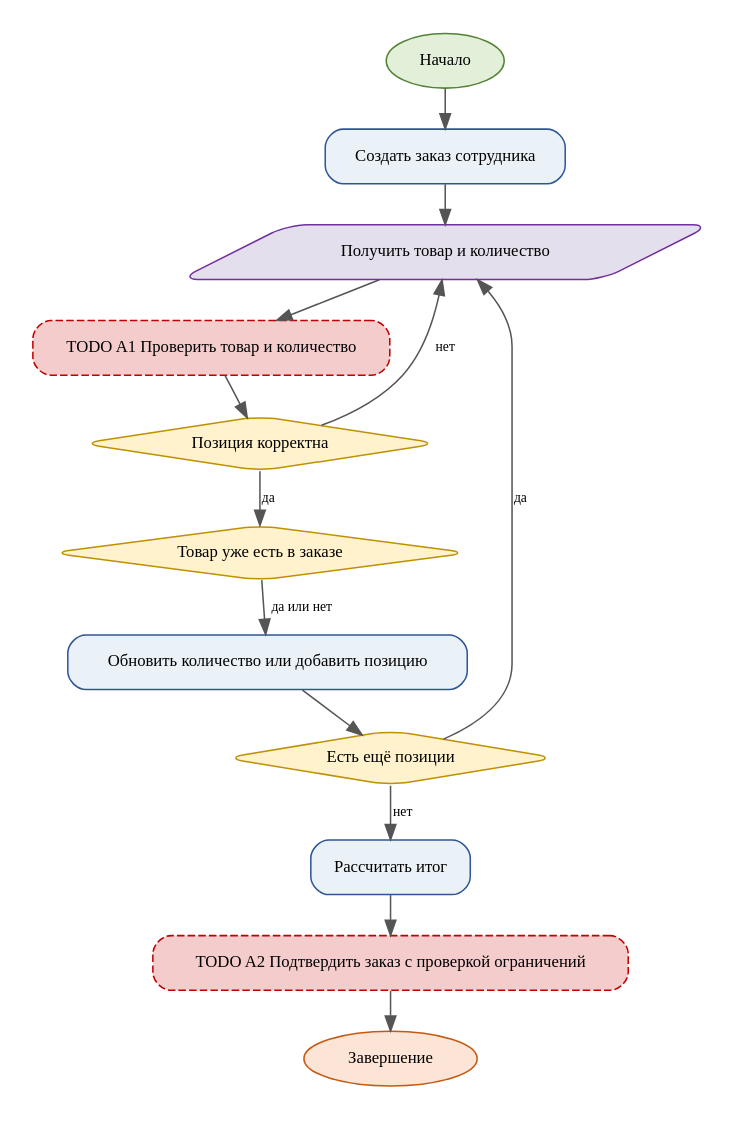
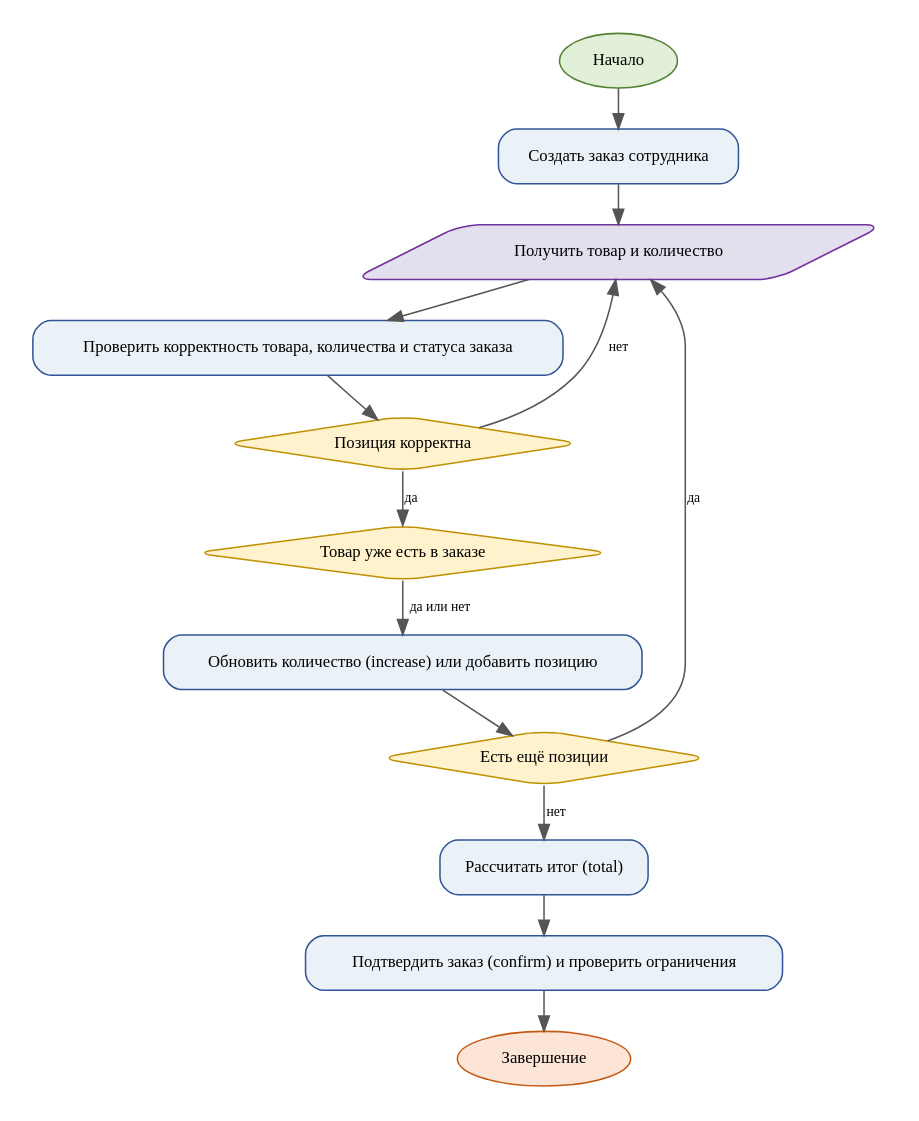
The diagram in PR7/activity_partial.dot (d1nexer/JavaLearning), drawn with Graphviz before and after one commit. The commit also changed 5 other files, not shown here.

```diff
--- a/PR7/activity_partial.dot
+++ b/PR7/activity_partial.dot
@@ -1,28 +1,28 @@
 digraph G {
 graph [rankdir=TB, bgcolor="white", pad=0.2, nodesep=0.25, ranksep=0.35];
 node [shape=box, style="rounded,filled", fontname="Times New Roman", fontsize=11, color="#2F5597", fillcolor="#EAF2F8", margin="0.12,0.08"];
 edge [fontname="Times New Roman", fontsize=9, color="#555555"];
 start [label="Начало", shape=oval, fillcolor="#E2F0D9", color="#548235"];
 end [label="Завершение", shape=oval, fillcolor="#FCE4D6", color="#C65911"];
 n1 [label="Создать заказ сотрудника" ];
 n2 [label="Получить товар и количество" ,shape=parallelogram,fillcolor="#E4DFEC",color="#7030A0"];
-n3 [label="TODO A1 Проверить товар и количество" ,fillcolor="#F4CCCC",color="#C00000",style="rounded,dashed,filled"];
+n3 [label="Проверить корректность товара, количества и статуса заказа" ];
 n4 [label="Позиция корректна" ,shape=diamond,fillcolor="#FFF2CC",color="#BF9000"];
 n5 [label="Товар уже есть в заказе" ,shape=diamond,fillcolor="#FFF2CC",color="#BF9000"];
-n6 [label="Обновить количество или добавить позицию" ];
+n6 [label="Обновить количество (increase) или добавить позицию" ];
 n7 [label="Есть ещё позиции" ,shape=diamond,fillcolor="#FFF2CC",color="#BF9000"];
-n8 [label="Рассчитать итог" ];
-n9 [label="TODO A2 Подтвердить заказ с проверкой ограничений" ,fillcolor="#F4CCCC",color="#C00000",style="rounded,dashed,filled"];
+n8 [label="Рассчитать итог (total)" ];
+n9 [label="Подтвердить заказ (confirm) и проверить ограничения" ];
 start -> n1;
 n1 -> n2;
 n2 -> n3;
 n3 -> n4;
 n4 -> n5 [label="да"];
 n4 -> n2 [label="нет"];
 n5 -> n6 [label="да или нет"];
 n6 -> n7;
 n7 -> n2 [label="да"];
 n7 -> n8 [label="нет"];
 n8 -> n9;
 n9 -> end;
 }
```
